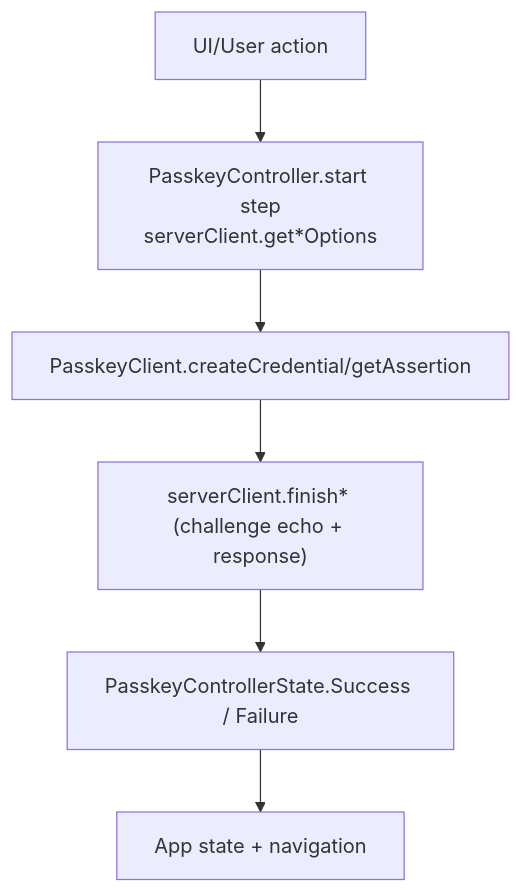
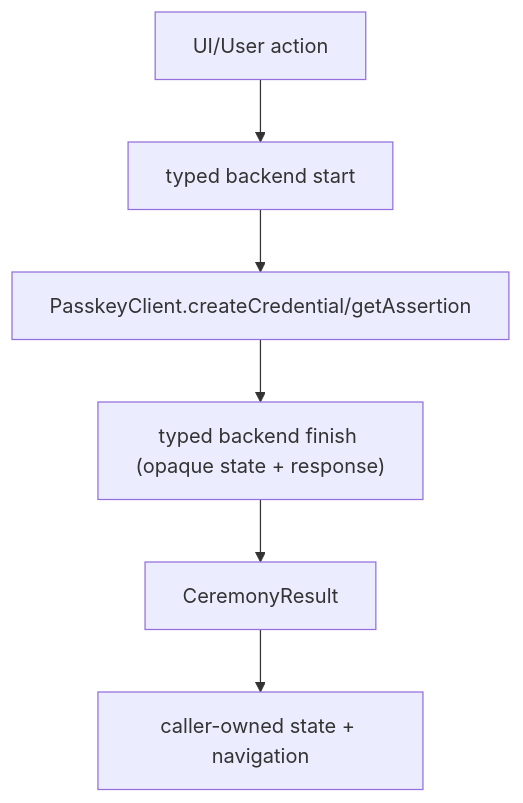
One commit to szijpeter/webauthn-kotlin-multiplatform changed the diagram in client/webauthn-client-flow/README.md. Above: the diagram before and after it, drawn with Mermaid. The commit also changed other lines of this file and 5 other files, not shown here.

Commit message:
refactor(flow): migrate legacy consumers

````diff
--- a/client/webauthn-client-flow/README.md
+++ b/client/webauthn-client-flow/README.md
@@ -12,8 +11,8 @@
 ```mermaid
 flowchart TD
-    Action["UI/User action"] --> Start["PasskeyController.start step<br/>serverClient.get*Options"]
+    Action["UI/User action"] --> Start["typed backend start"]
     Start --> Platform["PasskeyClient.createCredential/getAssertion"]
-    Platform --> Finish["serverClient.finish* (challenge echo + response)"]
-    Finish --> State["PasskeyControllerState.Success / Failure"]
-    State --> App["App state + navigation"]
+    Platform --> Finish["typed backend finish (opaque state + response)"]
+    Finish --> Result["CeremonyResult<Output>"]
+    Result --> App["caller-owned state + navigation"]
 ```
````
